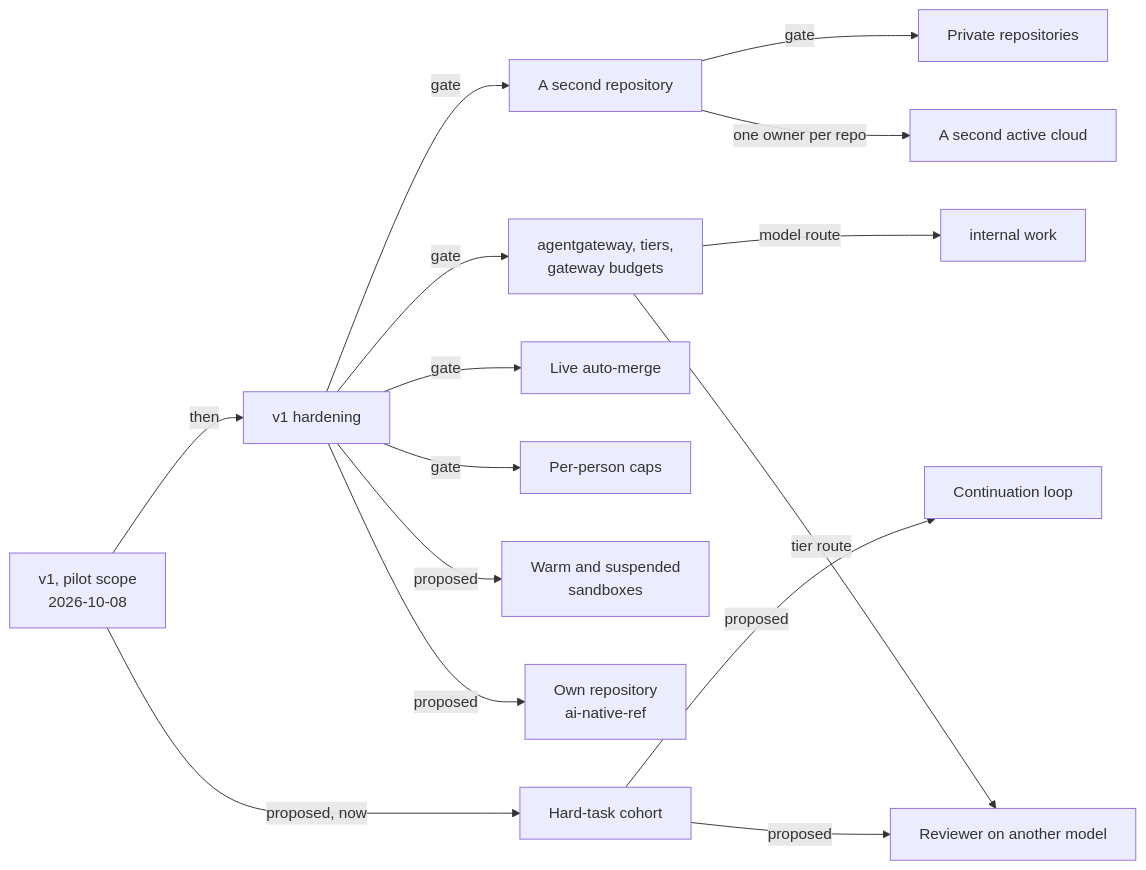
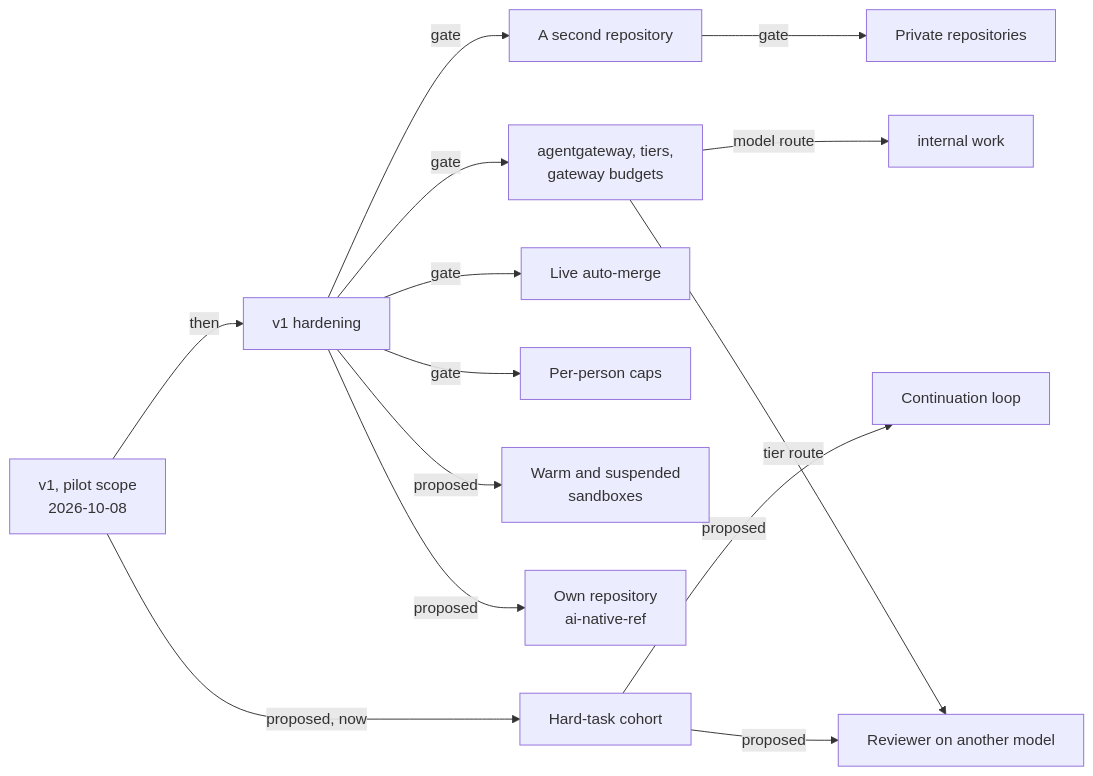
Before and after one commit to Smana/cloud-native-ref: the diagram in website/content/docs/platform/ai-platform/status.md, drawn with Mermaid. The commit also changed other lines of this file, not shown here.

````diff
--- a/website/content/docs/platform/ai-platform/status.md
+++ b/website/content/docs/platform/ai-platform/status.md
@@ -239,17 +239,16 @@
 ```mermaid
 flowchart LR
   v1["v1, pilot scope<br/>2026-10-08"] -->|then| hard["v1 hardening"]
   hard -->|gate| repo["A second repository"]
   repo -->|gate| priv["Private repositories"]
   hard -->|gate| gw["agentgateway, tiers,<br/>gateway budgets"]
   gw -->|model route| internal["internal work"]
   hard -->|gate| merge["Live auto-merge"]
   hard -->|gate| caps["Per-person caps"]
-  repo -->|one owner per repo| cloud["A second active cloud"]
   v1 -->|proposed, now| cohort["Hard-task cohort"]
   cohort -->|proposed| loop["Continuation loop"]
   cohort -->|proposed| rev["Reviewer on another model"]
   gw -->|tier route| rev
   hard -->|proposed| warm["Warm and suspended<br/>sandboxes"]
   hard -->|proposed| split["Own repository<br/>ai-native-ref"]
 ```
````
